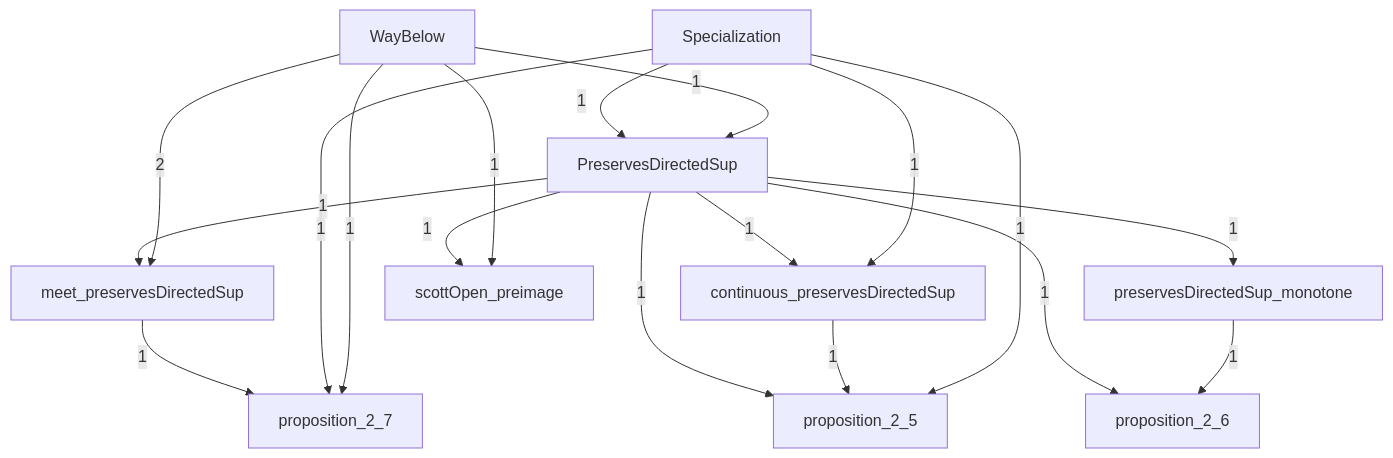
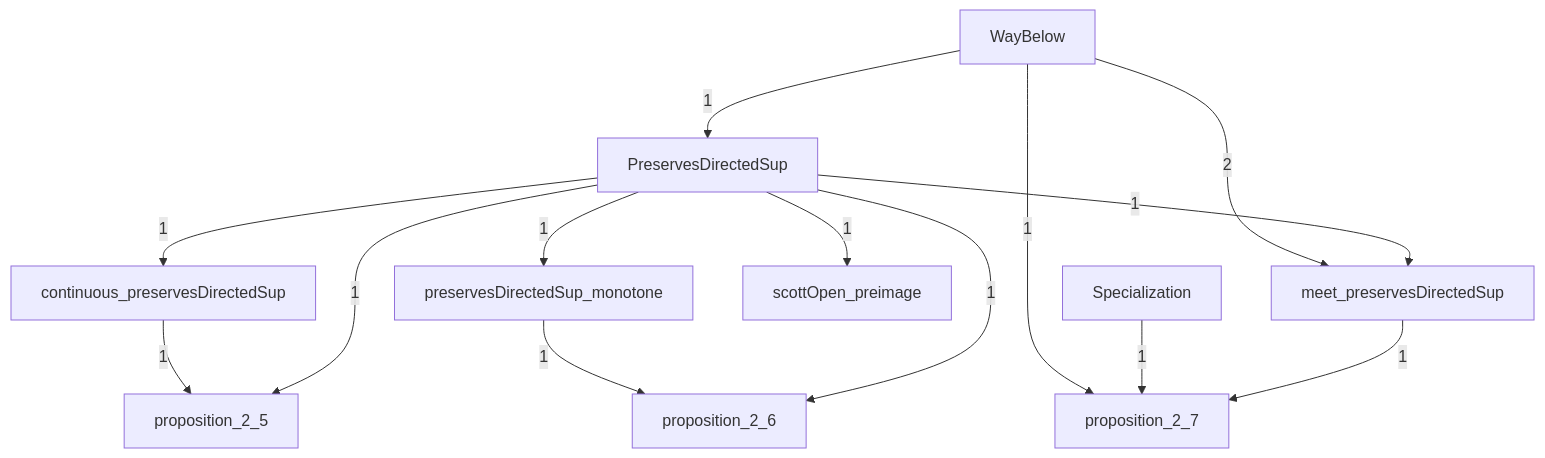
One commit to catskillsresearch/DomainTheory changed the diagram in DomainTheory/ContinuousLattice/ScottMaps/ScottMaps.mermaid. Above: the diagram before and after it, drawn with Mermaid. The commit also changed 8 other files, not shown here.

First line of the commit message:
Refresh import graphs and drop deleted scottSubspaceExtend stub from bridge notes.

```diff
--- a/DomainTheory/ContinuousLattice/ScottMaps/ScottMaps.mermaid
+++ b/DomainTheory/ContinuousLattice/ScottMaps/ScottMaps.mermaid
@@ -1,36 +1,32 @@
 %% Inside ScottMaps. A box is one Lean file in this folder, or one subfolder.
 %% A box named as another folder is that whole folder. A box named as another chapter is that whole chapter.
 %% The arrowhead points at the file or folder that imports. The label is how many direct imports.
 flowchart TB
 
   ScottMaps_continuous_preservesDirectedSup["continuous_preservesDirectedSup"]
   ScottMaps_meet_preservesDirectedSup["meet_preservesDirectedSup"]
   ScottMaps_PreservesDirectedSup["PreservesDirectedSup"]
   ScottMaps_preservesDirectedSup_monotone["preservesDirectedSup_monotone"]
   ScottMaps_proposition_2_5["proposition_2_5"]
   ScottMaps_proposition_2_6["proposition_2_6"]
   proposition_2_7["proposition_2_7"]
   ScottMaps_scottOpen_preimage["scottOpen_preimage"]
   Specialization["Specialization"]
   WayBelow["WayBelow"]
 
-  Specialization -->|"1"| ScottMaps_PreservesDirectedSup
   WayBelow -->|"1"| ScottMaps_PreservesDirectedSup
   ScottMaps_PreservesDirectedSup -->|"1"| ScottMaps_continuous_preservesDirectedSup
-  Specialization -->|"1"| ScottMaps_continuous_preservesDirectedSup
   ScottMaps_PreservesDirectedSup -->|"1"| ScottMaps_meet_preservesDirectedSup
   WayBelow -->|"2"| ScottMaps_meet_preservesDirectedSup
   ScottMaps_PreservesDirectedSup -->|"1"| ScottMaps_preservesDirectedSup_monotone
   ScottMaps_PreservesDirectedSup -->|"1"| ScottMaps_proposition_2_5
   ScottMaps_continuous_preservesDirectedSup -->|"1"| ScottMaps_proposition_2_5
-  Specialization -->|"1"| ScottMaps_proposition_2_5
   ScottMaps_PreservesDirectedSup -->|"1"| ScottMaps_proposition_2_6
   ScottMaps_preservesDirectedSup_monotone -->|"1"| ScottMaps_proposition_2_6
   ScottMaps_PreservesDirectedSup -->|"1"| ScottMaps_scottOpen_preimage
-  WayBelow -->|"1"| ScottMaps_scottOpen_preimage
   ScottMaps_meet_preservesDirectedSup -->|"1"| proposition_2_7
   Specialization -->|"1"| proposition_2_7
   WayBelow -->|"1"| proposition_2_7
 
   classDef file fill:#dbeafe,stroke:#1d4ed8,color:#1e3a8a
   classDef ext fill:#f3f4f6,stroke:#374151,color:#111827
```
